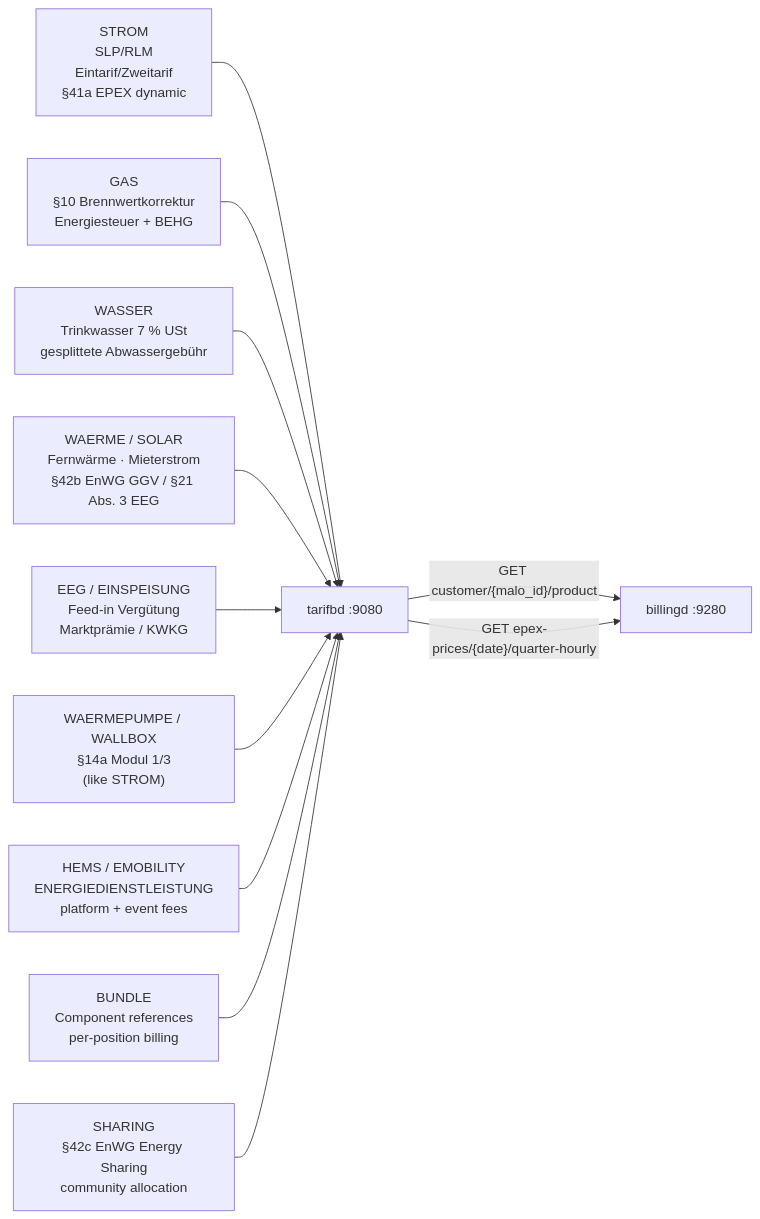
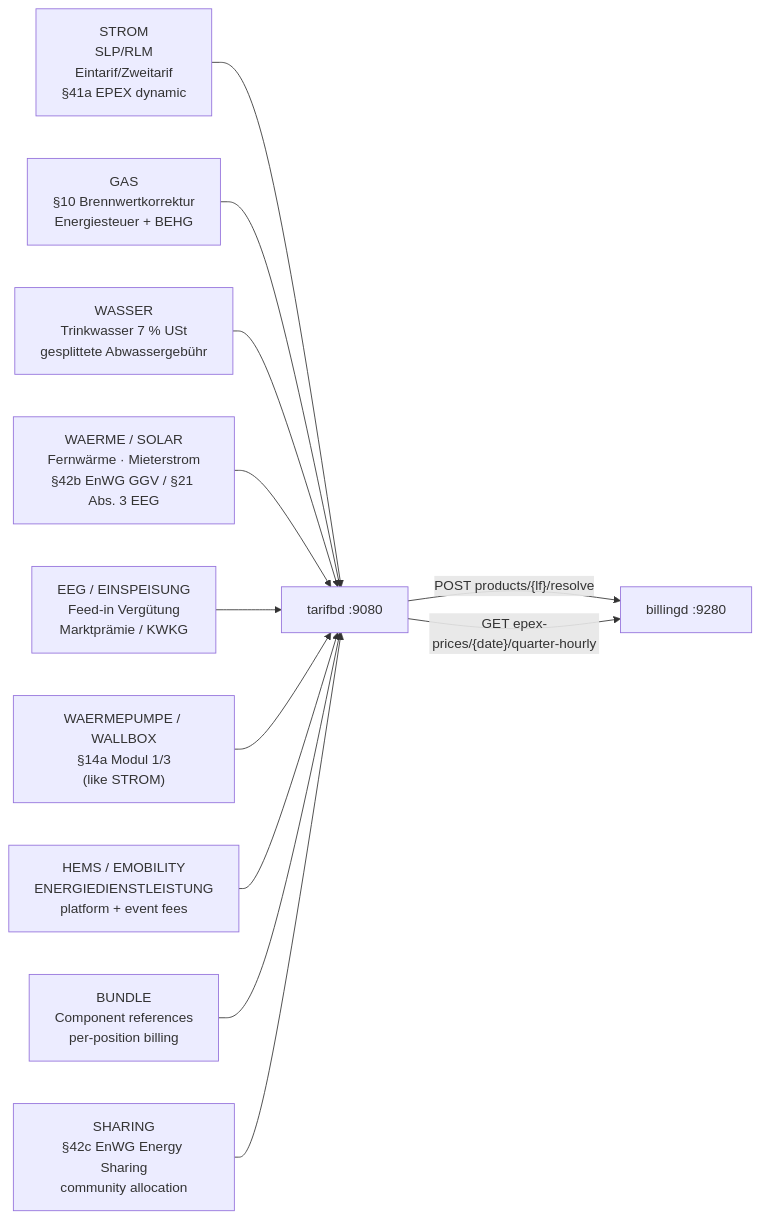
One commit to hupe1980/mako changed the diagram in site/content/docs/services/tarifbd.md. Above: the diagram before and after it, drawn with Mermaid. The commit also changed other lines of this file and 66 other files, not shown here.

````diff
--- a/site/content/docs/services/tarifbd.md
+++ b/site/content/docs/services/tarifbd.md
@@ -32,17 +32,17 @@
 ```mermaid
 graph LR
     STROM["STROM<br/>SLP/RLM<br/>Eintarif/Zweitarif<br/>§41a EPEX dynamic"]
     GAS["GAS<br/>§10 Brennwertkorrektur<br/>Energiesteuer + BEHG"]
     WASSER["WASSER<br/>Trinkwasser 7 % USt<br/>gesplittete Abwassergebühr"]
     WAERME["WAERME / SOLAR<br/>Fernwärme · Mieterstrom<br/>§42b EnWG GGV / §21 Abs. 3 EEG"]
     EEG["EEG / EINSPEISUNG<br/>Feed-in Vergütung<br/>Marktprämie / KWKG"]
     SMART["WAERMEPUMPE / WALLBOX<br/>§14a Modul 1/3<br/>(like STROM)"]
     SERV["HEMS / EMOBILITY<br/>ENERGIEDIENSTLEISTUNG<br/>platform + event fees"]
     BUNDLE["BUNDLE<br/>Component references<br/>per-position billing"]
     SHARING["SHARING<br/>§42c EnWG Energy Sharing<br/>community allocation"]
     tarifbd["tarifbd :9080"]
     STROM & GAS & WASSER & WAERME & EEG --> tarifbd
     SMART & SERV & BUNDLE & SHARING --> tarifbd
-    tarifbd -->|"GET customer/{malo_id}/product"| billingd["billingd :9280"]
+    tarifbd -->|"POST products/{lf}/resolve"| billingd["billingd :9280"]
     tarifbd -->|"GET epex-prices/{date}/quarter-hourly"| billingd
 ```
````
